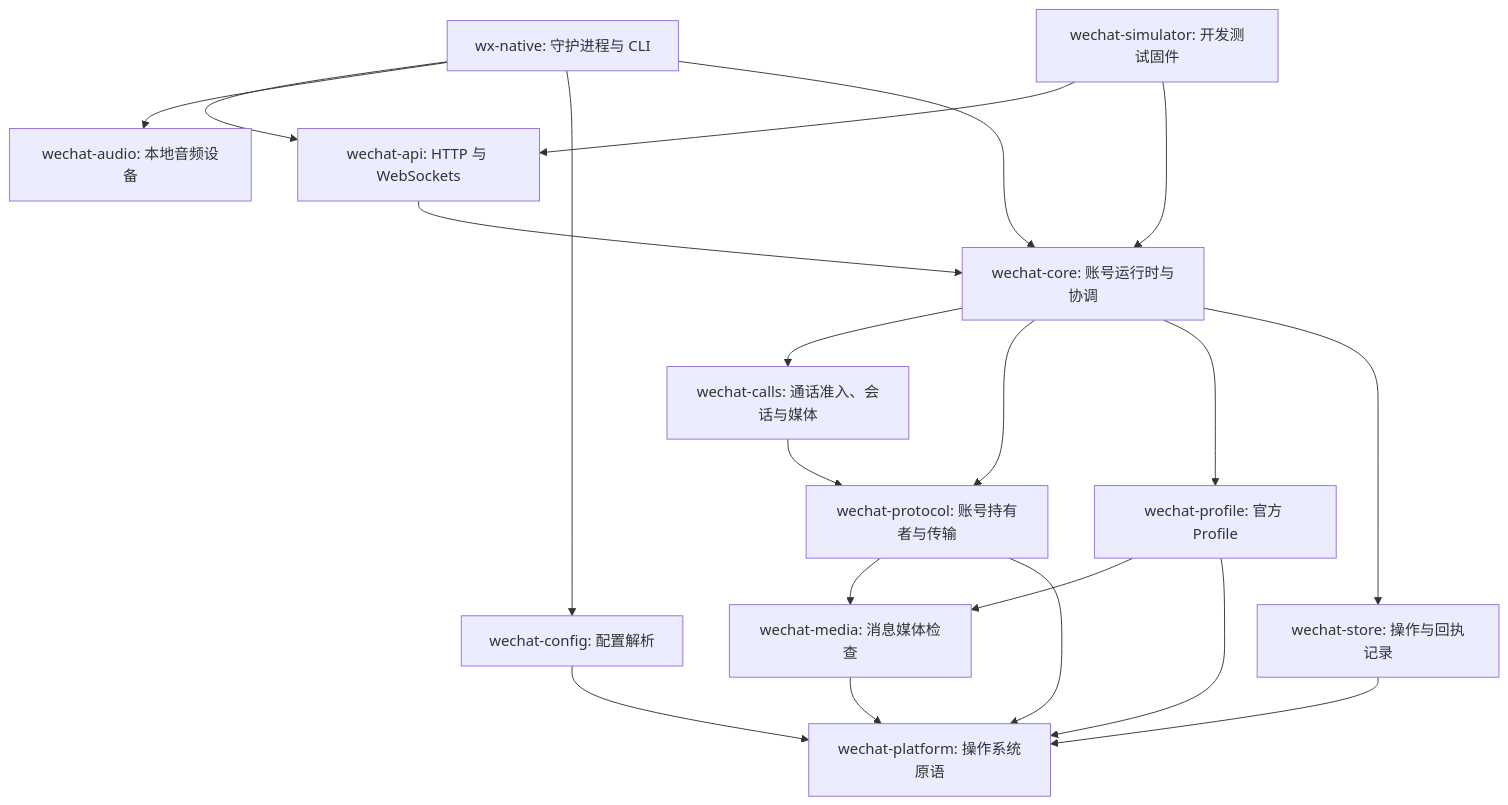
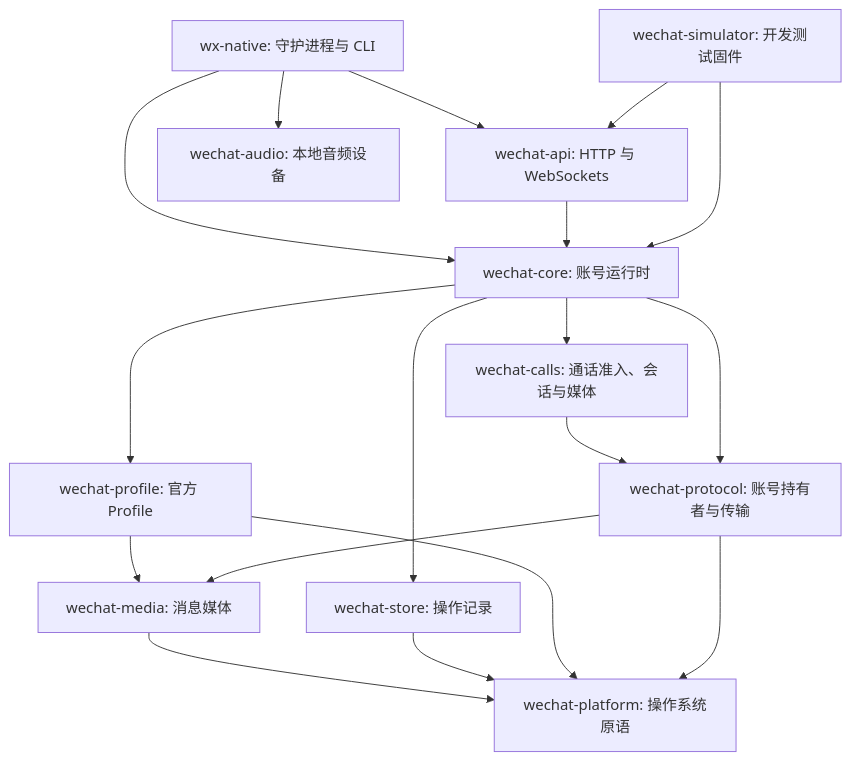
One commit to thisnick/agent-wechat changed the diagram in docs/src/content/docs/zh-cn/how-it-works/rust-crates.mdx. Above: the diagram before and after it, drawn with Mermaid. The commit also changed other lines of this file, not shown here.

````diff
--- a/docs/src/content/docs/zh-cn/how-it-works/rust-crates.mdx
+++ b/docs/src/content/docs/zh-cn/how-it-works/rust-crates.mdx
@@ -13,22 +13,20 @@
 ```mermaid
 flowchart TD
   WX["wx-native: 守护进程与 CLI"] --> API["wechat-api: HTTP 与 WebSockets"]
   WX --> AUDIO["wechat-audio: 本地音频设备"]
-  WX --> CFG["wechat-config: 配置解析"]
-  WX --> CORE["wechat-core: 账号运行时与协调"]
+  WX --> CORE["wechat-core: 账号运行时"]
   API --> CORE
   CORE --> CALLS["wechat-calls: 通话准入、会话与媒体"]
   CALLS --> PROTOCOL
   CORE --> PROTOCOL["wechat-protocol: 账号持有者与传输"]
   CORE --> PROFILE["wechat-profile: 官方 Profile"]
-  CORE --> STORE["wechat-store: 操作与回执记录"]
-  PROFILE --> MEDIA["wechat-media: 消息媒体检查"]
+  CORE --> STORE["wechat-store: 操作记录"]
+  PROFILE --> MEDIA["wechat-media: 消息媒体"]
   PROTOCOL --> MEDIA
   MEDIA --> PLATFORM["wechat-platform: 操作系统原语"]
-  CFG --> PLATFORM
   STORE --> PLATFORM
   DEV["wechat-simulator: 开发测试固件"] --> API
   DEV --> CORE
   PROFILE --> PLATFORM
   PROTOCOL --> PLATFORM
 ```
````
